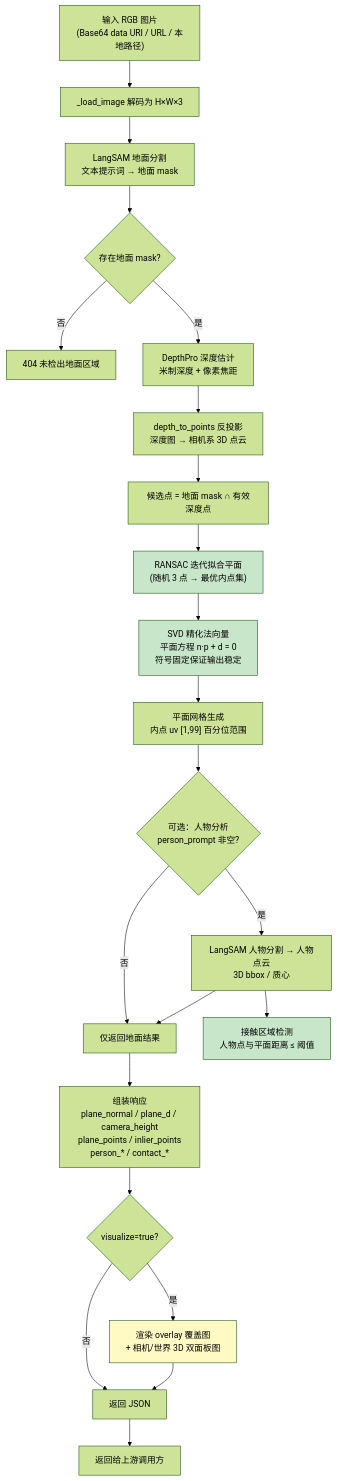
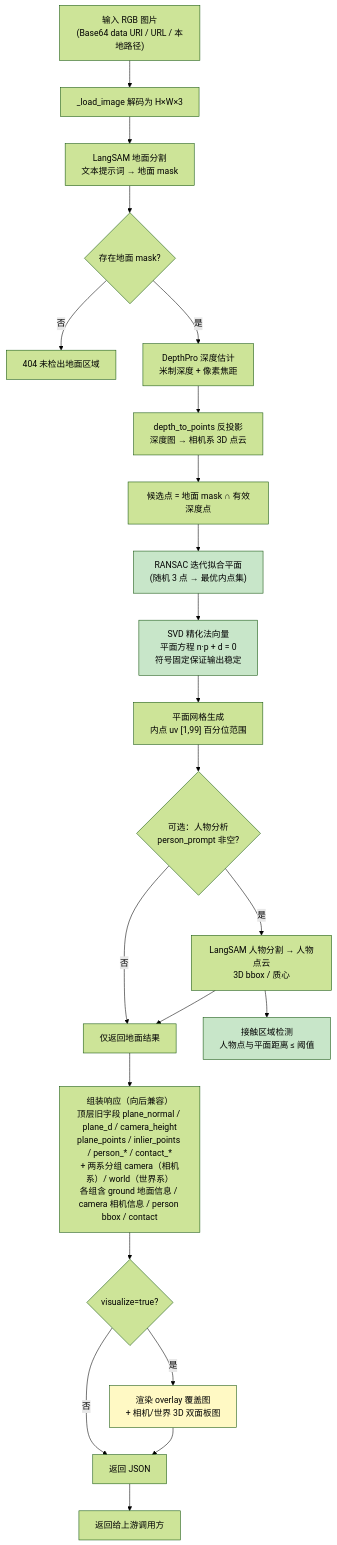
The second of 3 diagrams in ground_pipeline/ground_pipeline 项目介绍.md (4698to/Phy-SIC), drawn with Mermaid (forest theme) before and after one commit. The commit also changed other lines of this file and 2 other files, not shown here.

````diff
--- a/ground_pipeline/ground_pipeline 项目介绍.md
+++ b/ground_pipeline/ground_pipeline 项目介绍.md
@@ -69,29 +69,29 @@
 ```mermaid
 flowchart TD
     A["输入 RGB 图片<br/>(Base64 data URI / URL / 本地路径)"] --> B["_load_image 解码为 H×W×3"]
     B --> C["LangSAM 地面分割<br/>文本提示词 → 地面 mask"]
     C --> D{"存在地面 mask?"}
     D -- 否 --> E["404 未检出地面区域"]
     D -- 是 --> F["DepthPro 深度估计<br/>米制深度 + 像素焦距"]
     F --> G["depth_to_points 反投影<br/>深度图 → 相机系 3D 点云"]
     G --> H["候选点 = 地面 mask ∩ 有效深度点"]
     H --> I["RANSAC 迭代拟合平面<br/>(随机 3 点 → 最优内点集)"]
     I --> J["SVD 精化法向量<br/>平面方程 n·p + d = 0<br/>符号固定保证输出稳定"]
     J --> K["平面网格生成<br/>内点 uv [1,99] 百分位范围"]
     K --> L{"可选：人物分析<br/>person_prompt 非空?"}
     L -- 否 --> M["仅返回地面结果"]
     L -- 是 --> N["LangSAM 人物分割 → 人物点云<br/>3D bbox / 质心"]
     N --> O["接触区域检测<br/>人物点与平面距离 ≤ 阈值"]
     N --> M
-    M --> P["组装响应<br/>plane_normal / plane_d / camera_height<br/>plane_points / inlier_points<br/>person_* / contact_*"]
+    M --> P["组装响应（向后兼容）<br/>顶层旧字段 plane_normal / plane_d / camera_height<br/>plane_points / inlier_points / person_* / contact_*<br/>+ 两系分组 camera（相机系）/ world（世界系）<br/>各组含 ground 地面信息 / camera 相机信息 / person bbox / contact"]
     P --> Q{"visualize=true?"}
     Q -- 是 --> R["渲染 overlay 覆盖图<br/>+ 相机/世界 3D 双面板图"]
     Q -- 否 --> S["返回 JSON"]
     R --> S
     S --> T["返回给上游调用方"]
 
     style I fill:#c8e6c9
     style J fill:#c8e6c9
     style O fill:#c8e6c9
     style R fill:#fff9c4
 ```
````
